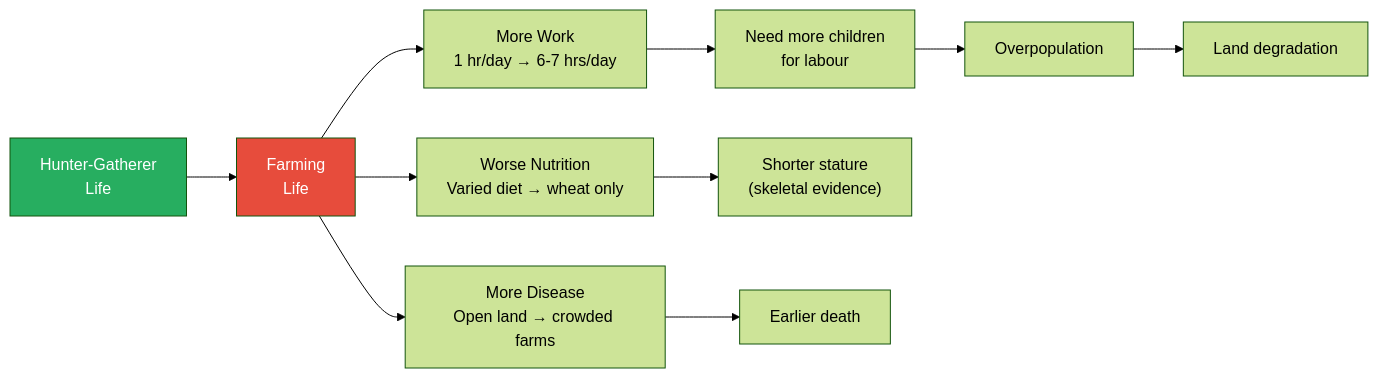
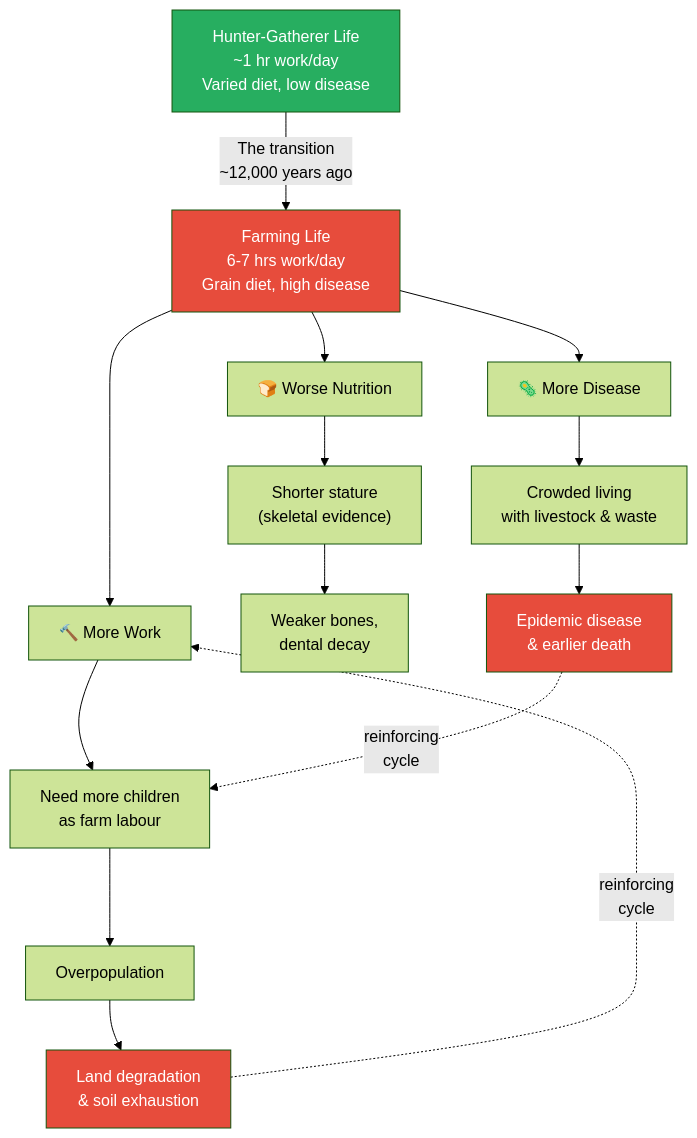
The first of 7 diagrams in summaries/Lectures/Civilization/01 - Explaining Humanity's Transition to Agriculture.md (alius33/reader), drawn with Mermaid (forest theme) before and after one commit. The commit also changed other lines of this file and 276 other files, not shown here.

````diff
--- a/summaries/Lectures/Civilization/01 - Explaining Humanity's Transition to Agriculture.md
+++ b/summaries/Lectures/Civilization/01 - Explaining Humanity's Transition to Agriculture.md
@@ -52,14 +129,20 @@
 ```mermaid
-flowchart LR
-    HG["Hunter-Gatherer<br/>Life"] --> F["Farming<br/>Life"]
-    F --> P1["More Work<br/>1 hr/day → 6-7 hrs/day"]
-    F --> P2["Worse Nutrition<br/>Varied diet → wheat only"]
-    F --> P3["More Disease<br/>Open land → crowded farms"]
-    P1 --> C1["Need more children<br/>for labour"]
+flowchart TB
+    HG["Hunter-Gatherer Life<br/>~1 hr work/day<br/>Varied diet, low disease"] -->|"The transition<br/>~12,000 years ago"| F["Farming Life<br/>6-7 hrs work/day<br/>Grain diet, high disease"]
+    F --> P1["🔨 More Work"]
+    F --> P2["🍞 Worse Nutrition"]
+    F --> P3["🦠 More Disease"]
+    P1 --> C1["Need more children<br/>as farm labour"]
     C1 --> C2["Overpopulation"]
-    C2 --> C3["Land degradation"]
+    C2 --> C3["Land degradation<br/>& soil exhaustion"]
     P2 --> H["Shorter stature<br/>(skeletal evidence)"]
-    P3 --> D["Earlier death"]
+    H --> W["Weaker bones,<br/>dental decay"]
+    P3 --> D["Crowded living<br/>with livestock & waste"]
+    D --> E["Epidemic disease<br/>& earlier death"]
+    C3 -.->|"reinforcing<br/>cycle"| P1
+    E -.->|"reinforcing<br/>cycle"| C1
     style HG fill:#27ae60,color:#fff
     style F fill:#e74c3c,color:#fff
+    style C3 fill:#e74c3c,color:#fff
+    style E fill:#e74c3c,color:#fff
 ```
````
